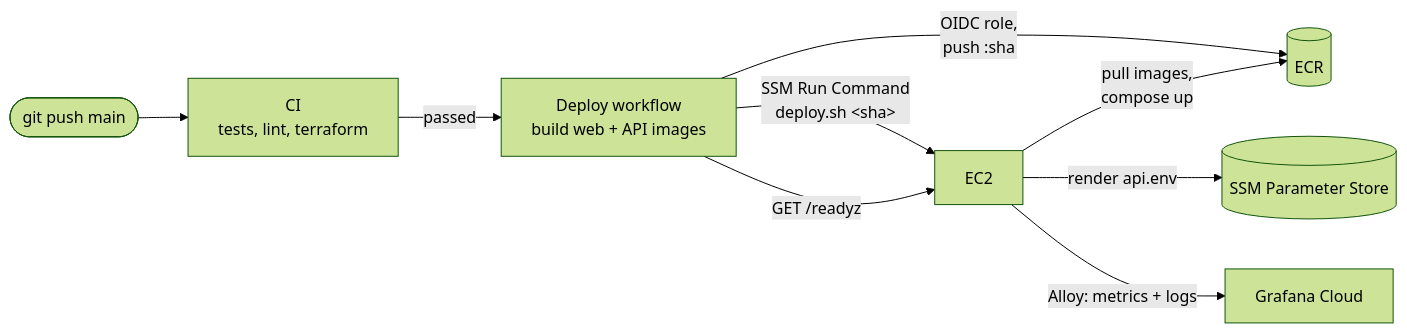
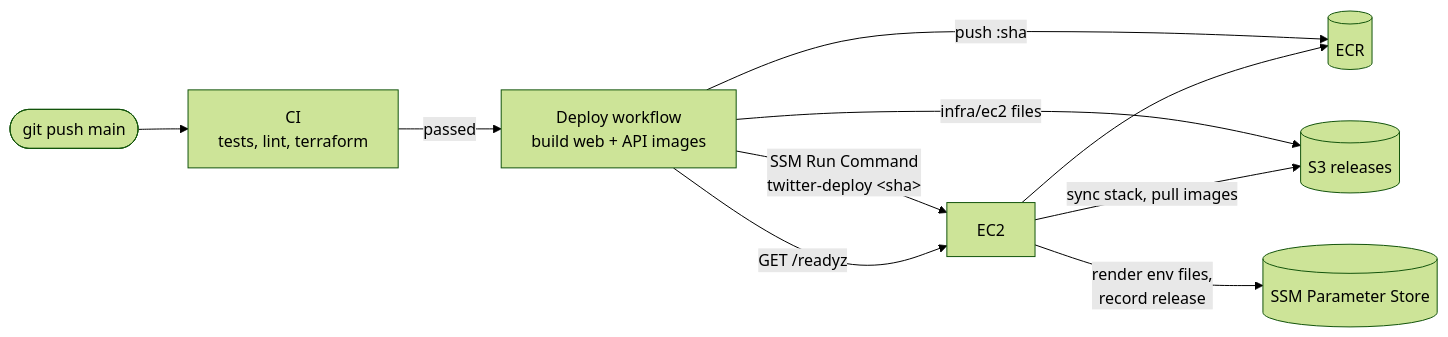
One commit to feifxi/twitter-clone changed the second of 2 diagrams in README.md. Above: the diagram before and after it, drawn with Mermaid (forest theme). The commit also changed other lines of this file and 46 other files, not shown here.

````diff
--- a/README.md
+++ b/README.md
@@ -66,11 +68,12 @@
 ```mermaid
 flowchart LR
   push(["git push main"]) --> ci["CI<br/>tests, lint, terraform"]
   ci -- "passed" --> gha["Deploy workflow<br/>build web + API images"]
-  gha -- "OIDC role,<br/>push :sha" --> ecr[("ECR")]
-  gha -- "SSM Run Command<br/>deploy.sh &lt;sha&gt;" --> ec2["EC2"]
-  ec2 -- "render api.env" --> ssm[("SSM Parameter Store")]
-  ec2 -- "pull images,<br/>compose up" --> ecr
+  gha -- "push :sha" --> ecr[("ECR")]
+  gha -- "infra/ec2 files" --> s3[("S3 releases")]
+  gha -- "SSM Run Command<br/>twitter-deploy &lt;sha&gt;" --> ec2["EC2"]
+  ec2 -- "sync stack, pull images" --> s3
+  ec2 --> ecr
+  ec2 -- "render env files,<br/>record release" --> ssm[("SSM Parameter Store")]
   gha -- "GET /readyz" --> ec2
-  ec2 -- "Alloy: metrics + logs" --> grafana["Grafana Cloud"]
 ```
````
